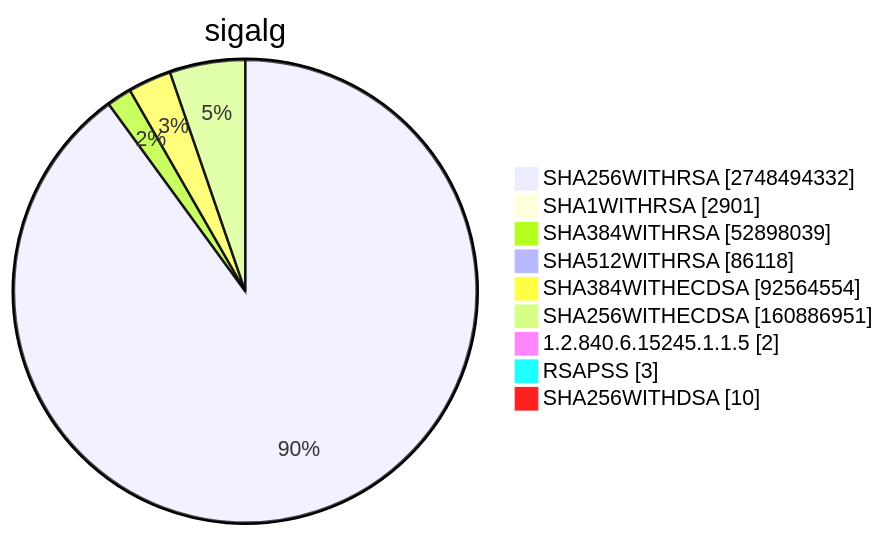
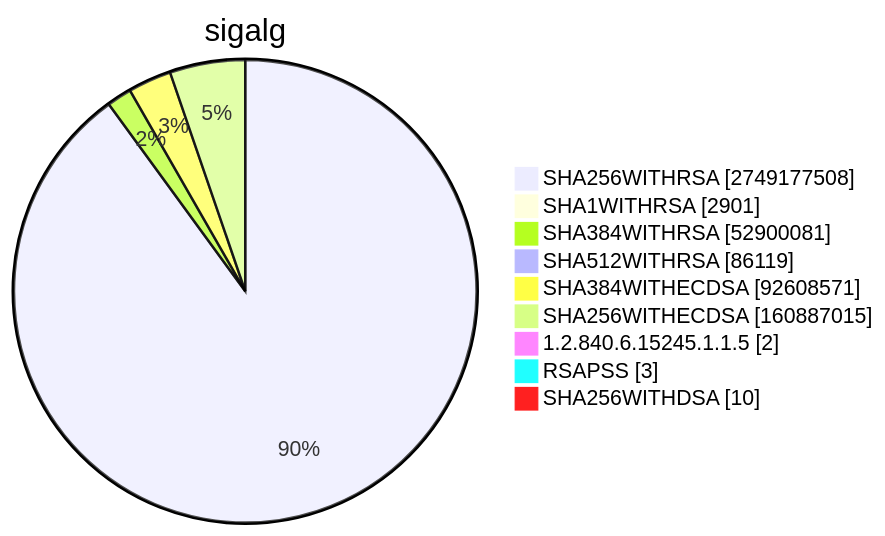
One commit to christiankrug/ctmonitor_visualization changed diagram 15 of 15 in TOTAL/README.md. Above: the diagram before and after it, drawn with Mermaid. The commit also changed other lines of this file, not shown here.

````diff
--- a/TOTAL/README.md
+++ b/TOTAL/README.md
@@ -6206,13 +6206,13 @@
 ```mermaid
 pie showData
 title sigalg
-"SHA256WITHRSA" :2748494332
+"SHA256WITHRSA" :2749177508
 "SHA1WITHRSA" :2901
-"SHA384WITHRSA" :52898039
-"SHA512WITHRSA" :86118
-"SHA384WITHECDSA" :92564554
-"SHA256WITHECDSA" :160886951
+"SHA384WITHRSA" :52900081
+"SHA512WITHRSA" :86119
+"SHA384WITHECDSA" :92608571
+"SHA256WITHECDSA" :160887015
 "1.2.840.6.15245.1.1.5" :2
 "RSAPSS" :3
 "SHA256WITHDSA" :10
 ```
````
